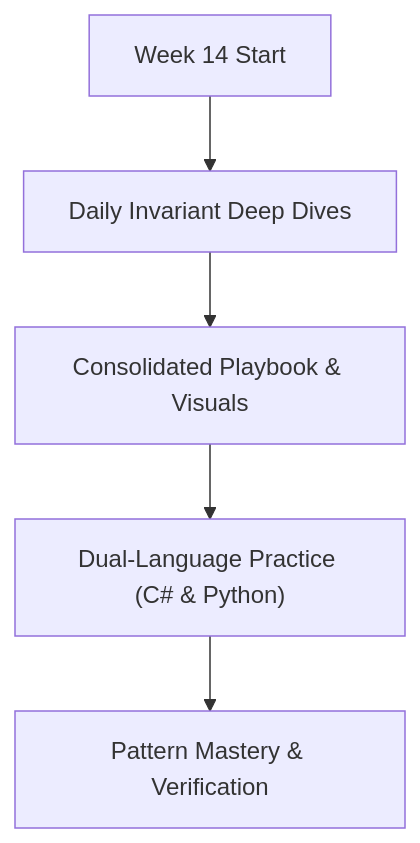
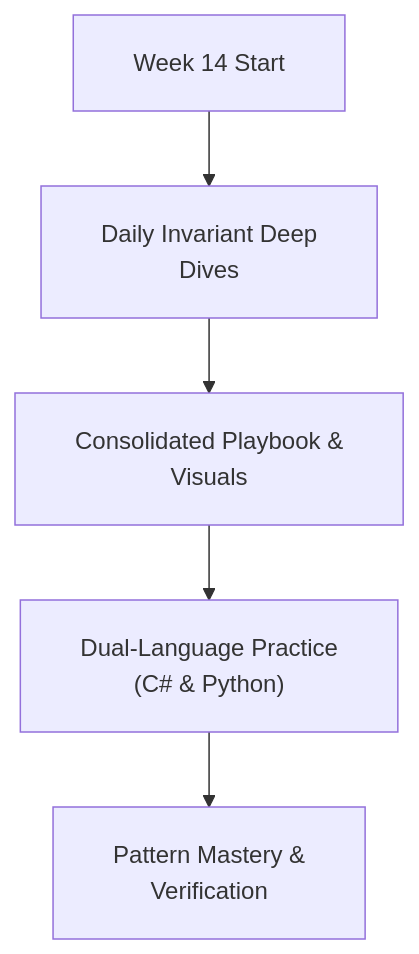
The diagram in week_14_matrix_backtracking_bits/README.md (dip4k/DSA_102), drawn with Mermaid before and after one commit. The commit also changed 108 other files, not shown here.

First line of the commit message:
fix(mermaid): resolve diagram clipping, padding, and syntax issues across repo

````diff
--- a/week_14_matrix_backtracking_bits/README.md
+++ b/week_14_matrix_backtracking_bits/README.md
@@ -16,7 +16,8 @@
 ```mermaid
+%%{init: {"flowchart": {"htmlLabels": true, "padding": 20}}}%%
 flowchart TD
-    Start["Week 14 Start"] --> Daily["Daily Invariant Deep Dives"]
-    Daily --> Playbook["Consolidated Playbook & Visuals"]
-    Playbook --> DualLang["Dual-Language Practice (C# & Python)"]
-    DualLang --> Mastery["Pattern Mastery & Verification"]
+    Start["Week 14 Start"] --> Daily["Daily Invariant Deep<br/>Dives"]
+    Daily --> Playbook["Consolidated Playbook &<br/>Visuals"]
+    Playbook --> DualLang["Dual-Language Practice<br/>(C# & Python)"]
+    DualLang --> Mastery["Pattern Mastery &<br/>Verification"]
 ```
````
